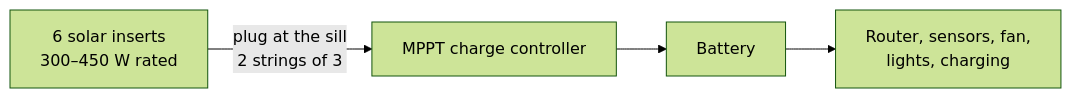
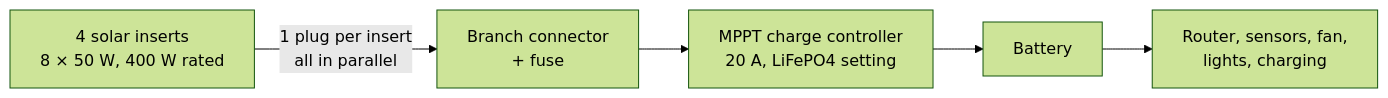
Before and after one commit to wbniv/WorldFoundry: the second of 3 diagrams in docs/plans/2026-11-09-condo-639-balcony-screen-frame.md, drawn with Mermaid (forest theme). The commit also changed other lines of this file and 6 other files, not shown here.

First line of the commit message:
Balcony screen frame: payback charts, price-rise scenarios, option B layout diagram

````diff
--- a/docs/plans/2026-11-09-condo-639-balcony-screen-frame.md
+++ b/docs/plans/2026-11-09-condo-639-balcony-screen-frame.md
@@ -161,6 +177,7 @@
 ```mermaid
 flowchart LR
-  P["6 solar inserts<br/>300–450 W rated"] -->|"plug at the sill<br/>2 strings of 3"| C["MPPT charge controller"]
+  P["4 solar inserts<br/>8 × 50 W, 400 W rated"] -->|"1 plug per insert<br/>all in parallel"| Y["Branch connector<br/>+ fuse"]
+  Y --> C["MPPT charge controller<br/>20 A, LiFePO4 setting"]
   C --> B["Battery"]
   B --> L["Router, sensors, fan,<br/>lights, charging"]
 ```
````
